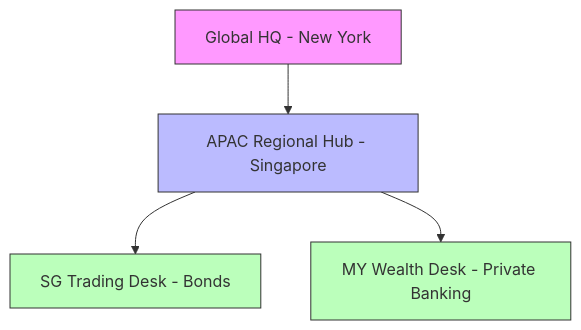
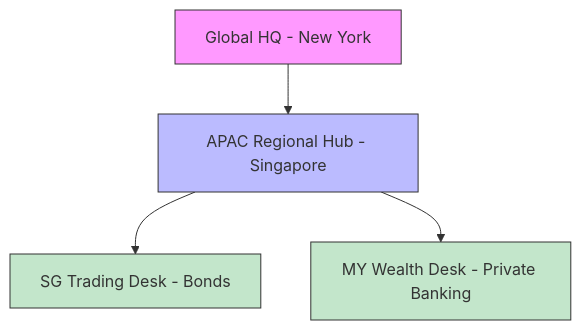
Before and after one commit to nkumar15/communication-analysis: the first of 2 diagrams in backend/scripts/b2b/use_cases/bank_surveillance/README.md, drawn with Mermaid. The commit also changed other lines of this file, not shown here.

````diff
--- a/backend/scripts/b2b/use_cases/bank_surveillance/README.md
+++ b/backend/scripts/b2b/use_cases/bank_surveillance/README.md
@@ -9,11 +9,11 @@
 ```mermaid
 graph TD
     Global[Global HQ - New York] --> APAC[APAC Regional Hub - Singapore]
     APAC --> SG_Desk[SG Trading Desk - Bonds]
     APAC --> MY_Desk[MY Wealth Desk - Private Banking]
     
     style Global fill:#f9f,stroke:#333
     style APAC fill:#bbf,stroke:#333
-    style SG_Desk fill:#bfb,stroke:#333
-    style MY_Desk fill:#bfb,stroke:#333
+    style SG_Desk fill:#c3e6cb,stroke:#333
+    style MY_Desk fill:#c3e6cb,stroke:#333
 ```
````
